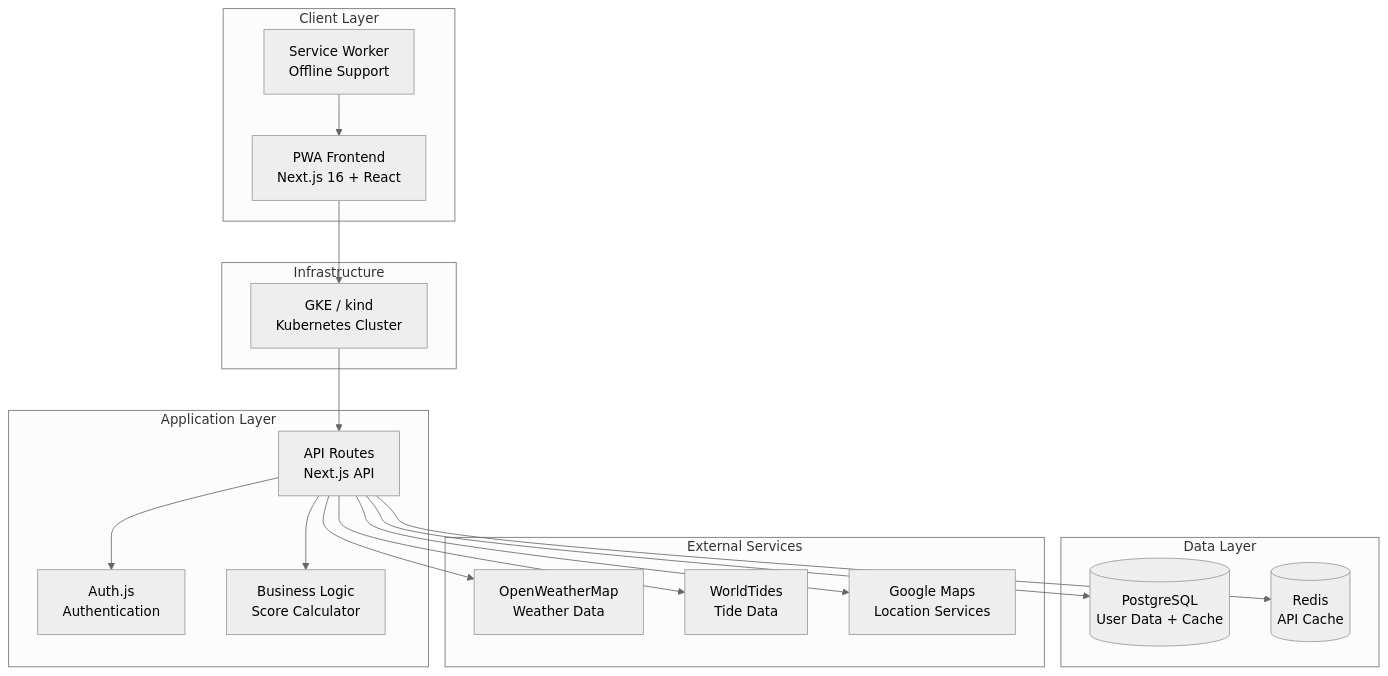
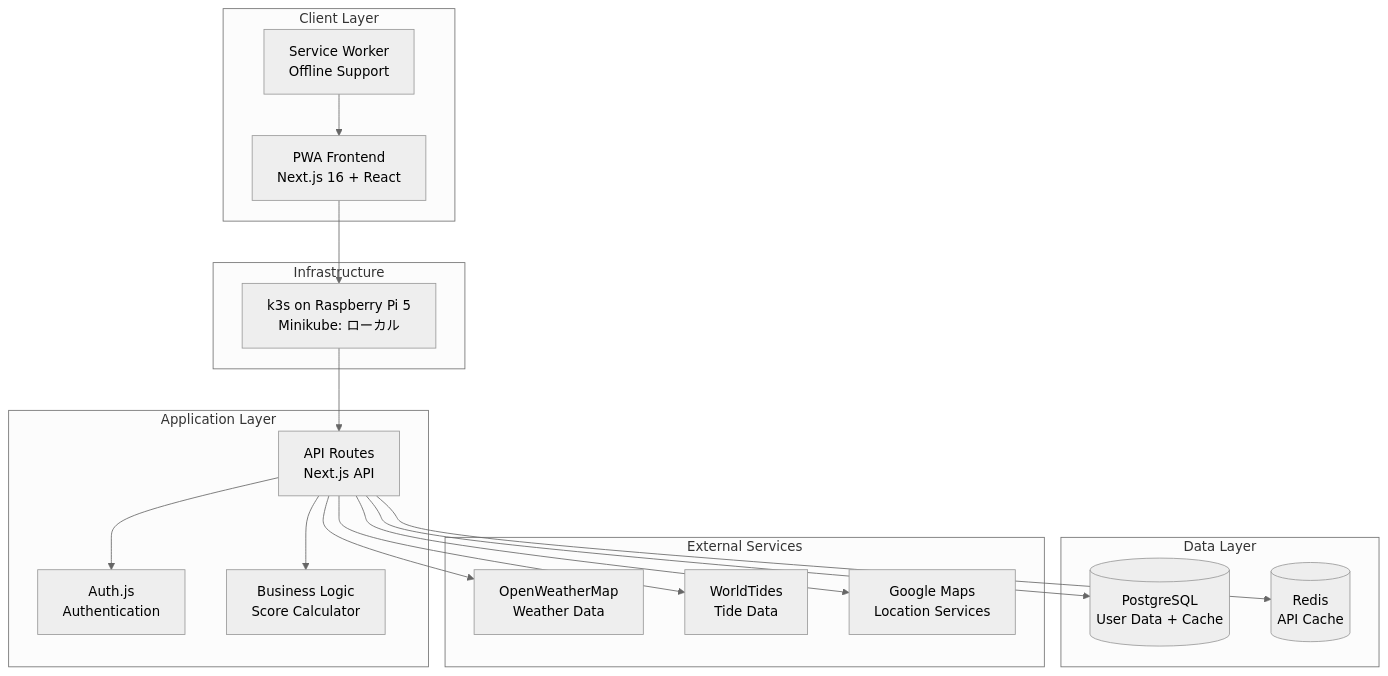
The first of 3 diagrams in docs/reference/architecture.md (kazumadev619-dev/FishingConditionsApp), drawn with Mermaid (neutral theme) before and after one commit. The commit also changed other lines of this file, not shown here.

Commit message:
📝 docs: architectureの技術スタックをk3s/Neon構成に更新

````diff
--- a/docs/reference/architecture.md
+++ b/docs/reference/architecture.md
@@ -5,39 +5,39 @@
 ```mermaid
 graph TB
     subgraph "Client Layer"
         PWA[PWA Frontend<br/>Next.js 16 + React]
         SW[Service Worker<br/>Offline Support]
     end
 
     subgraph "Infrastructure"
-        K8S[GKE / kind<br/>Kubernetes Cluster]
+        K8S[k3s on Raspberry Pi 5<br/>Minikube: ローカル]
     end
 
     subgraph "Application Layer"
         API[API Routes<br/>Next.js API]
         Auth[Auth.js<br/>Authentication]
         BL[Business Logic<br/>Score Calculator]
     end
 
     subgraph "Data Layer"
         DB[(PostgreSQL<br/>User Data + Cache)]
         Redis[(Redis<br/>API Cache)]
     end
 
     subgraph "External Services"
         Weather[OpenWeatherMap<br/>Weather Data]
         Tide[WorldTides<br/>Tide Data]
         Maps[Google Maps<br/>Location Services]
     end
 
     PWA --> K8S
     K8S --> API
     API --> Auth
     API --> BL
     API --> DB
     API --> Redis
     API --> Weather
     API --> Tide
     API --> Maps
     SW --> PWA
 ```
````
